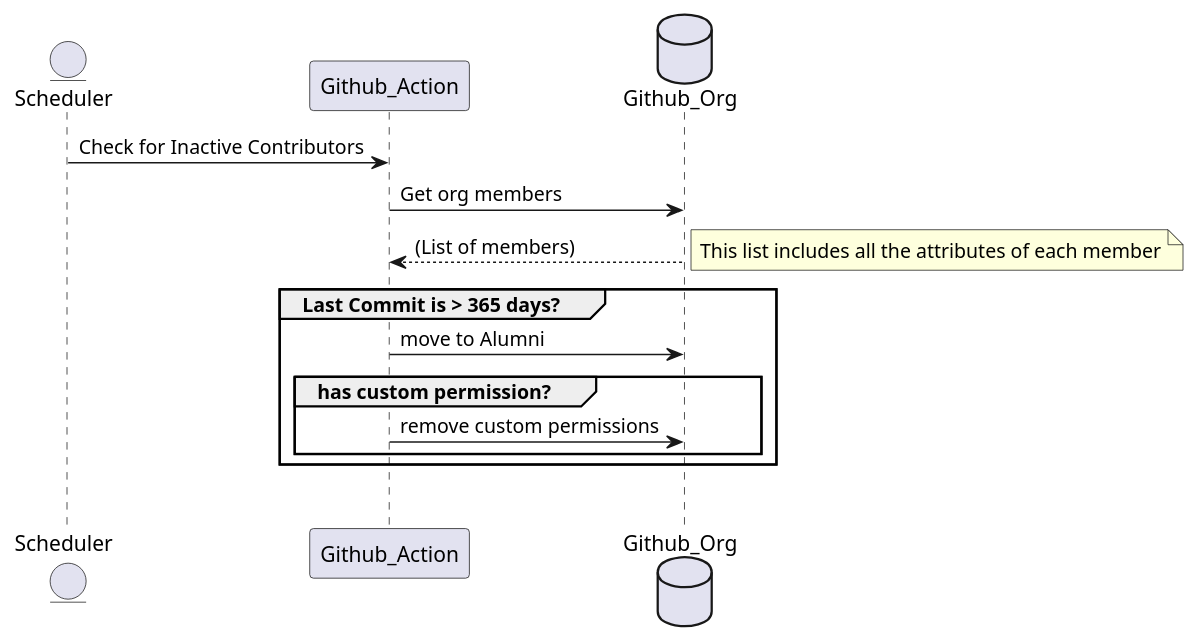
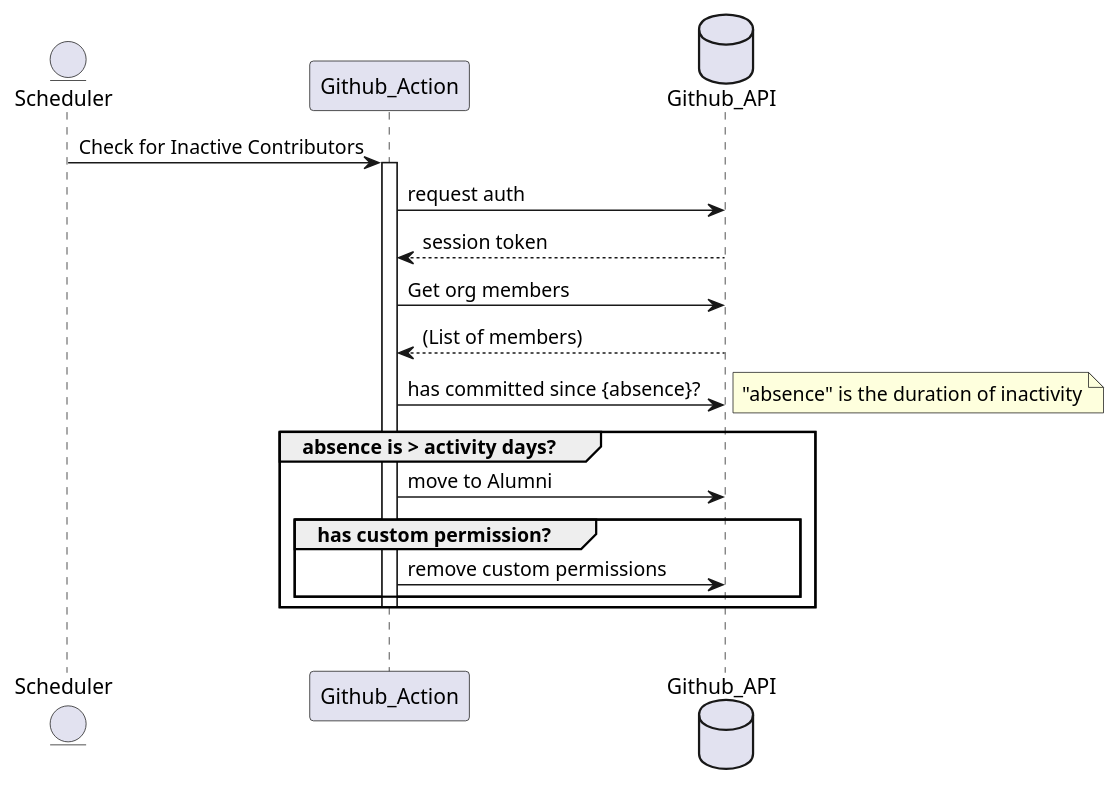
Before and after one commit to cucumber/action-retire-inactive-contributors: the diagram in diagrams/sequence.puml, drawn with PlantUML. The commit also changed 1 other file, not shown here.

Commit message:
Add sequence diagram to README with source in plantuml. https://plantuml.com/sequence-diagram

```diff
--- a/diagrams/sequence.puml
+++ b/diagrams/sequence.puml
@@ -1,22 +1,28 @@
 @startuml
 entity Scheduler as s
 participant Github_Action as action
-database Github_Org as gh
+database Github_API as gh
 
 s -> action: Check for Inactive Contributors
+activate action
+action -> gh: request auth
+action <-- gh: session token
 action -> gh: Get org members
 action <--  gh:(List of members)
+action -> gh: has committed since {absence}?
 
-note right 
-This list includes all the attributes of each member
+note right
+"absence" is the duration of inactivity
 end note
 
-group Last Commit is > 365 days?
+group absence is > activity days?
     action -> gh: move to Alumni
     group has custom permission?
     action -> gh: remove custom permissions
     end
+    deactivate
     end
+
 
 group
 @enduml
```
